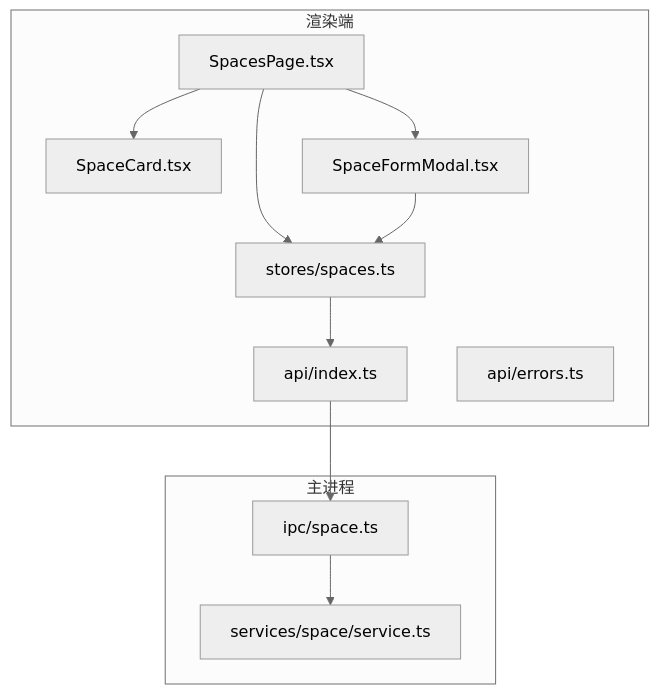
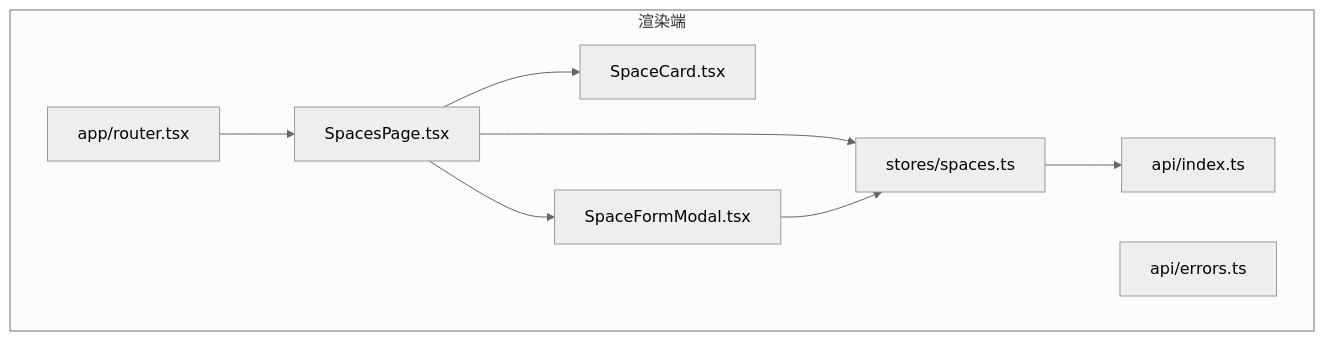
Before and after one commit to hozeeee/script-box: the first of 8 diagrams in .qoder/repowiki/zh/content/前端应用架构/页面组件/空间管理页面.md, drawn with Mermaid (neutral theme). The commit also changed other lines of this file and 6 other files, not shown here.

````diff
--- a/.qoder/repowiki/zh/content/前端应用架构/页面组件/空间管理页面.md
+++ b/.qoder/repowiki/zh/content/前端应用架构/页面组件/空间管理页面.md
@@ -54,22 +54,18 @@
 ```mermaid
 graph TB
 subgraph "渲染端"
 SP["SpacesPage.tsx"]
 SC["SpaceCard.tsx"]
 SF["SpaceFormModal.tsx"]
 ST["stores/spaces.ts"]
+RT["app/router.tsx"]
 API["api/index.ts"]
 ERR["api/errors.ts"]
-end
-subgraph "主进程"
-IPC["ipc/space.ts"]
-SVC["services/space/service.ts"]
 end
 SP --> SC
 SP --> SF
 SP --> ST
 SF --> ST
 ST --> API
-API --> IPC
-IPC --> SVC
+RT --> SP
 ```
````
